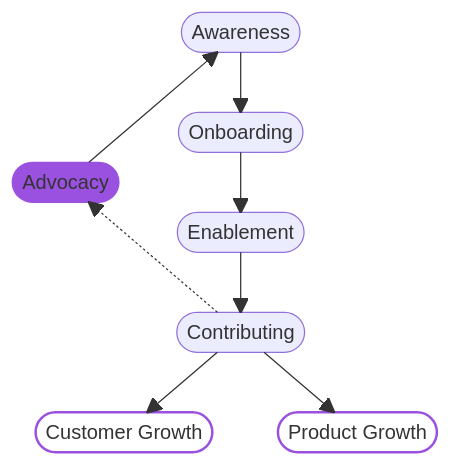
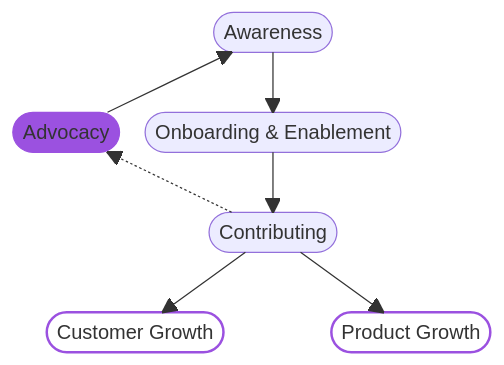
One commit to kyama0/gitlab-handbook-ja changed the diagram in content/handbook/marketing/developer-relations/engineering/_index.md. Above: the diagram before and after it, drawn with Mermaid. The commit also changed other lines of this file and 36 other files, not shown here.

````diff
--- a/content/handbook/marketing/developer-relations/engineering/_index.md
+++ b/content/handbook/marketing/developer-relations/engineering/_index.md
@@ -44,25 +44,22 @@
 ```mermaid
 block-beta
     columns 4
     space awareness(["Awareness"]):2 space
     space:4
-    space onboarding(["Onboarding"]):2 space
-    advocacy(["Advocacy"]) space:3
-    space enablement(["Enablement"]):2 space
+    advocacy(["Advocacy"]) onboardingEnablement(["Onboarding & Enablement"]):2 space
     space:4
     space contributing(["Contributing"]):2 space
     space:4
     customer(["Customer Growth"]):2 product(["Product Growth"]):2
 
-    awareness --> onboarding
-    onboarding --> enablement
-    enablement --> contributing
+    awareness --> onboardingEnablement
+    onboardingEnablement --> contributing
     contributing -.-> advocacy
     advocacy --> awareness
     contributing --> customer
     contributing --> product
 
     style advocacy color:#ffffff,fill:#9B51E0,stroke:#9B51E0
     style customer fill:transparent,stroke:#9B51E0,stroke-width:2px
     style product fill:transparent,stroke:#9B51E0,stroke-width:2px
 ```
````
